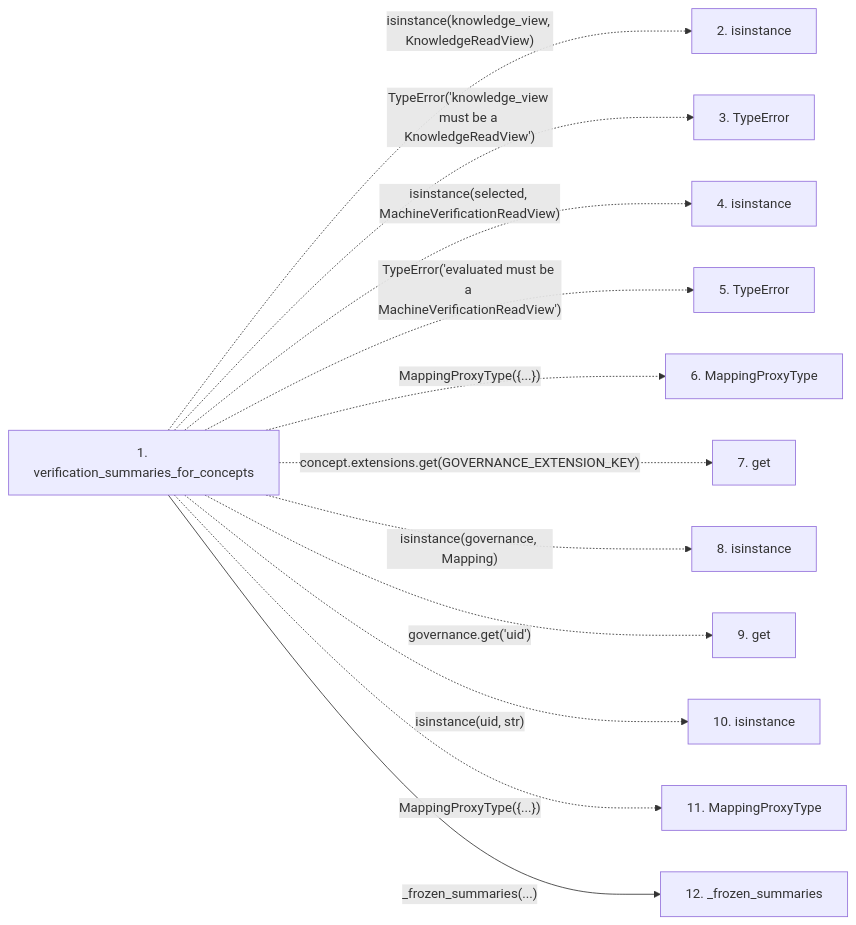
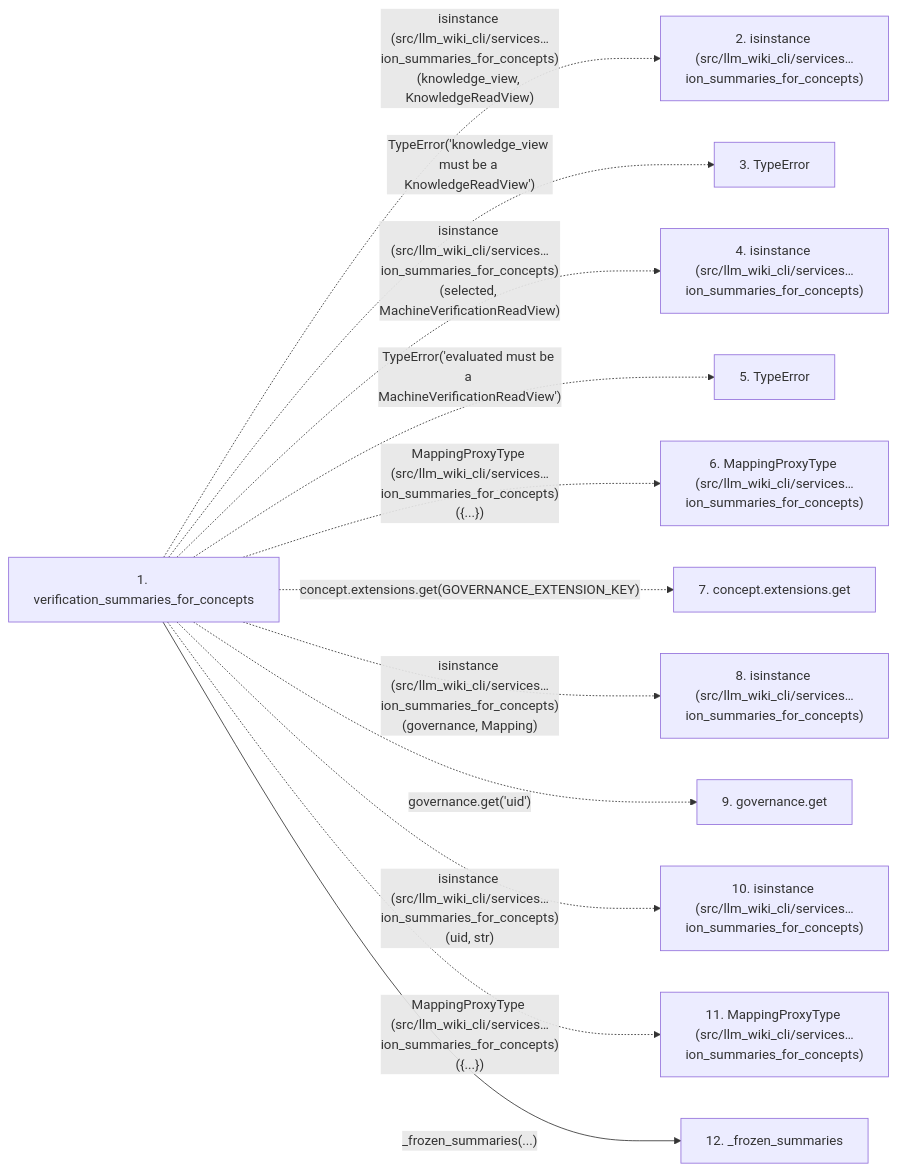
Before and after one commit to Denissvgn/python-wiki-llm: the second of 2 diagrams in docs/llm_wiki/flows/api-verification_summaries_for_concepts.md, drawn with Mermaid. The commit also changed other lines of this file and 719 other files, not shown here.

````diff
--- a/docs/llm_wiki/flows/api-verification_summaries_for_concepts.md
+++ b/docs/llm_wiki/flows/api-verification_summaries_for_concepts.md
@@ -63,28 +69,28 @@
 ```mermaid
 flowchart LR
     s1["1. verification_summaries_for_concepts"]
-    s2["2. isinstance"]
+    s2["2. isinstance (src/llm_wiki_cli/services…ion_summaries_for_concepts)"]
     s3["3. TypeError"]
-    s4["4. isinstance"]
+    s4["4. isinstance (src/llm_wiki_cli/services…ion_summaries_for_concepts)"]
     s5["5. TypeError"]
-    s6["6. MappingProxyType"]
-    s7["7. get"]
-    s8["8. isinstance"]
-    s9["9. get"]
-    s10["10. isinstance"]
-    s11["11. MappingProxyType"]
+    s6["6. MappingProxyType (src/llm_wiki_cli/services…ion_summaries_for_concepts)"]
+    s7["7. concept.extensions.get"]
+    s8["8. isinstance (src/llm_wiki_cli/services…ion_summaries_for_concepts)"]
+    s9["9. governance.get"]
+    s10["10. isinstance (src/llm_wiki_cli/services…ion_summaries_for_concepts)"]
+    s11["11. MappingProxyType (src/llm_wiki_cli/services…ion_summaries_for_concepts)"]
     s12["12. _frozen_summaries"]
-    s1 -. "isinstance(knowledge_view, KnowledgeReadView)" .-> s2
+    s1 -. "isinstance (src/llm_wiki_cli/services…ion_summaries_for_concepts)(knowledge_view, KnowledgeReadView)" .-> s2
     s1 -. "TypeError('knowledge_view must be a KnowledgeReadView')" .-> s3
-    s1 -. "isinstance(selected, MachineVerificationReadView)" .-> s4
+    s1 -. "isinstance (src/llm_wiki_cli/services…ion_summaries_for_concepts)(selected, MachineVerificationReadView)" .-> s4
     s1 -. "TypeError('evaluated must be a MachineVerificationReadView')" .-> s5
-    s1 -. "MappingProxyType({...})" .-> s6
+    s1 -. "MappingProxyType (src/llm_wiki_cli/services…ion_summaries_for_concepts)({...})" .-> s6
     s1 -. "concept.extensions.get(GOVERNANCE_EXTENSION_KEY)" .-> s7
-    s1 -. "isinstance(governance, Mapping)" .-> s8
+    s1 -. "isinstance (src/llm_wiki_cli/services…ion_summaries_for_concepts)(governance, Mapping)" .-> s8
     s1 -. "governance.get('uid')" .-> s9
-    s1 -. "isinstance(uid, str)" .-> s10
-    s1 -. "MappingProxyType({...})" .-> s11
+    s1 -. "isinstance (src/llm_wiki_cli/services…ion_summaries_for_concepts)(uid, str)" .-> s10
+    s1 -. "MappingProxyType (src/llm_wiki_cli/services…ion_summaries_for_concepts)({...})" .-> s11
     s1 -->|"_frozen_summaries(...)"| s12
     click s1 "../modules/knowledge_verification.md"
     click s12 "../modules/knowledge_verification.md"
 ```
````
